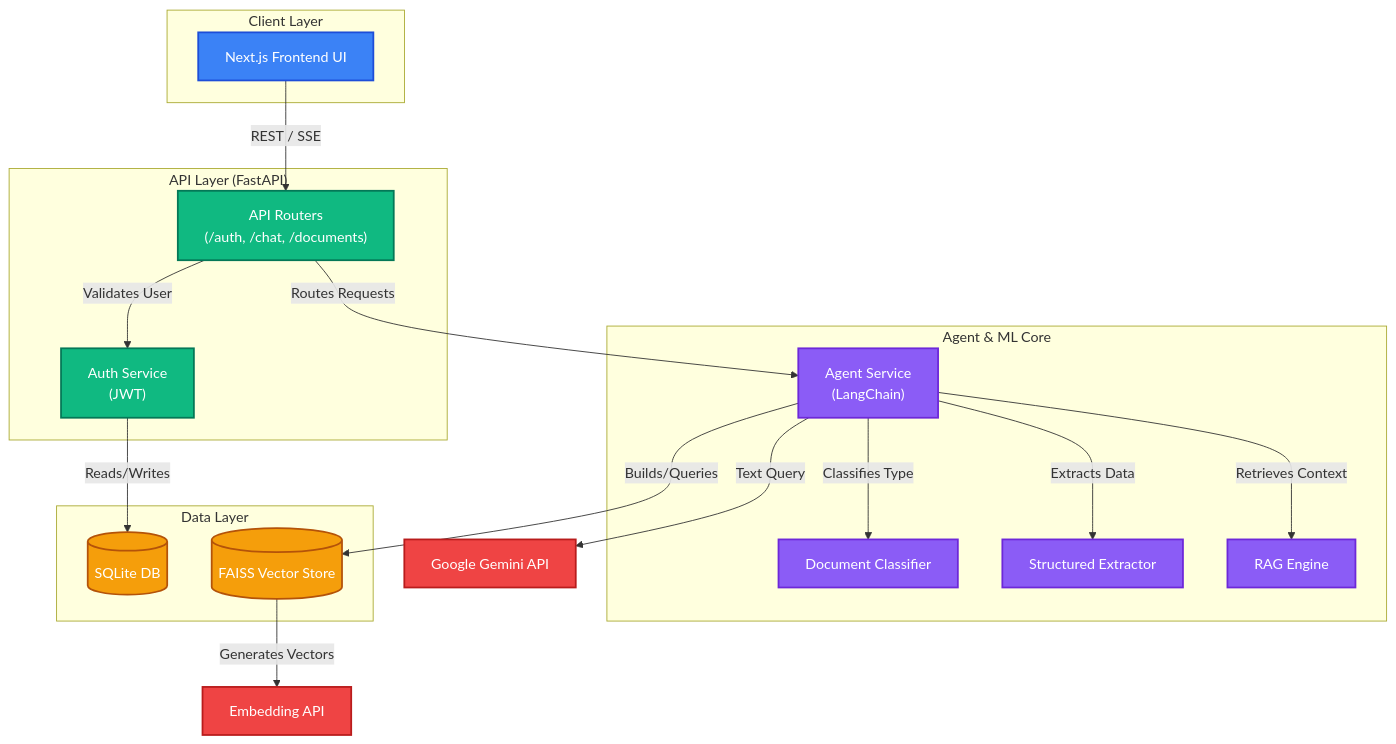
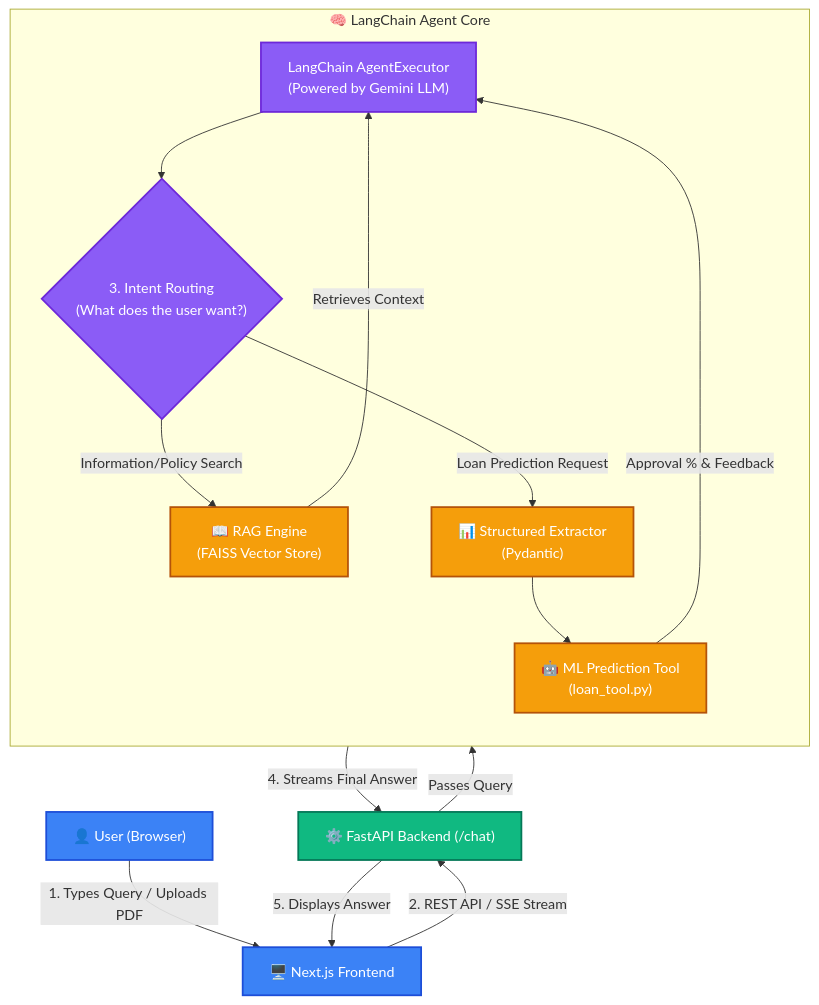
Before and after one commit to ShivaniRawat-11/Loan-Approval-System-: the first of 2 diagrams in README.md, drawn with Mermaid. The commit also changed other lines of this file, not shown here.

Commit message:
Project cleanup, frontend fixes, and architecture diagram

````diff
--- a/README.md
+++ b/README.md
@@ -35,46 +35,32 @@
 ```mermaid
 graph TD
     %% Define Styles
     classDef frontend fill:#3b82f6,stroke:#1d4ed8,stroke-width:2px,color:#fff;
     classDef backend fill:#10b981,stroke:#047857,stroke-width:2px,color:#fff;
     classDef agent fill:#8b5cf6,stroke:#6d28d9,stroke-width:2px,color:#fff;
-    classDef db fill:#f59e0b,stroke:#b45309,stroke-width:2px,color:#fff;
-    classDef ext fill:#ef4444,stroke:#b91c1c,stroke-width:2px,color:#fff;
+    classDef tool fill:#f59e0b,stroke:#b45309,stroke-width:2px,color:#fff;
 
-    subgraph Client ["Client Layer"]
-        UI["Next.js Frontend UI"]:::frontend
+    User["👤 User (Browser)"]:::frontend -- "1. Types Query / Uploads PDF" --> UI["🖥️ Next.js Frontend"]:::frontend
+    UI -- "2. REST API / SSE Stream" --> API["⚙️ FastAPI Backend (/chat)"]:::backend
+    
+    subgraph AgentCore ["🧠 LangChain Agent Core"]
+        direction TB
+        Agent["LangChain AgentExecutor<br/>(Powered by Gemini LLM)"]:::agent
+        
+        Router{"3. Intent Routing<br/>(What does the user want?)"}:::agent
+        Agent --> Router
+        
+        %% RAG Path
+        Router -- "Information/Policy Search" --> RAG["📖 RAG Engine<br/>(FAISS Vector Store)"]:::tool
+        RAG -- "Retrieves Context" --> Agent
+        
+        %% ML Path
+        Router -- "Loan Prediction Request" --> Extractor["📊 Structured Extractor<br/>(Pydantic)"]:::tool
+        Extractor --> MLTool["🤖 ML Prediction Tool<br/>(loan_tool.py)"]:::tool
+        MLTool -- "Approval % & Feedback" --> Agent
     end
-
-    subgraph APILayer ["API Layer (FastAPI)"]
-        Router["API Routers<br/>(/auth, /chat, /documents)"]:::backend
-        Auth["Auth Service<br/>(JWT)"]:::backend
-    end
-
-    subgraph AgentCore ["Agent & ML Core"]
-        AgentService["Agent Service<br/>(LangChain)"]:::agent
-        Classifier["Document Classifier"]:::agent
-        StructuredExtractor["Structured Extractor"]:::agent
-        RAG["RAG Engine"]:::agent
-    end
-
-    subgraph DataLayer ["Data Layer"]
-        SQLite[("SQLite DB")]:::db
-        FAISS[("FAISS Vector Store")]:::db
-    end
-
-    LLM["Google Gemini API"]:::ext
-    Embedder["Embedding API"]:::ext
-
-    UI -- "REST / SSE" --> Router
-    Router -- "Validates User" --> Auth
-    Auth -- "Reads/Writes" --> SQLite
     
-    Router -- "Routes Requests" --> AgentService
-    AgentService -- "Text Query" --> LLM
-    AgentService -- "Builds/Queries" --> FAISS
-    FAISS -- "Generates Vectors" --> Embedder
-    
-    AgentService -- "Classifies Type" --> Classifier
-    AgentService -- "Extracts Data" --> StructuredExtractor
-    AgentService -- "Retrieves Context" --> RAG
+    API -- "Passes Query" --> Agent
+    Agent -- "4. Streams Final Answer" --> API
+    API -- "5. Displays Answer" --> UI
 ```
````
